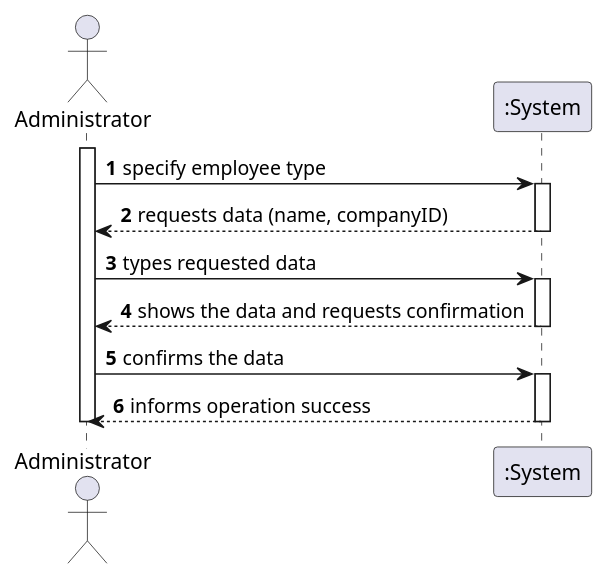
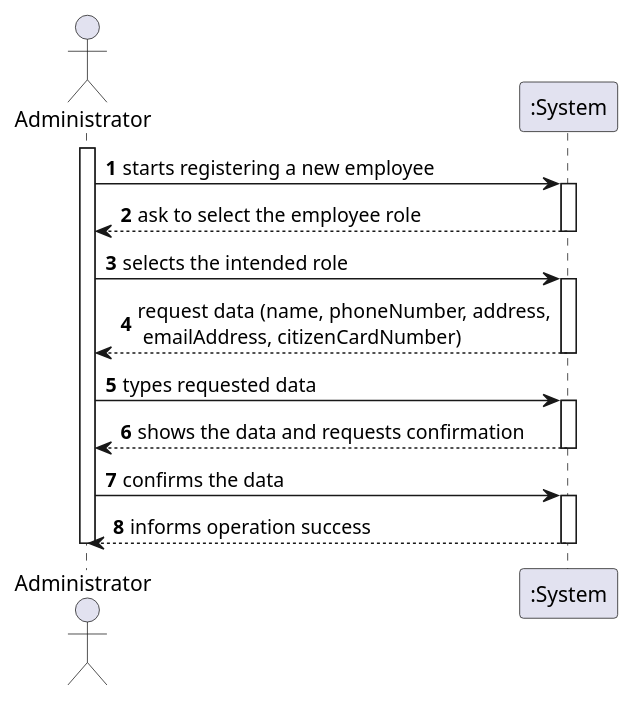
The diagram in docs/SprintB/UserStories/US10/US010_SSD.puml (diogonapoles/isep-lapr2), drawn with PlantUML before and after one commit. The commit also changed 2 other files, not shown here.

```diff
--- a/docs/SprintB/UserStories/US10/US010_SSD.puml
+++ b/docs/SprintB/UserStories/US10/US010_SSD.puml
@@ -1,23 +1,28 @@
 @startuml
 autonumber
 actor "Administrator" as ADM
 
 activate ADM
-ADM -> ":System" : specify employee type
+ADM -> ":System" : starts registering a new employee
 activate ":System"
-":System" --> ADM : requests data (name, companyID)
+":System" --> ADM : ask to select the employee role
+deactivate ":System"
+
+ADM -> ":System" : selects the intended role
+activate ":System"
+":System" --> ADM : request data (name, phoneNumber, address,\n emailAddress, citizenCardNumber)
 deactivate ":System"
 
 ADM -> ":System" : types requested data
 activate ":System"
 ":System" --> ADM : shows the data and requests confirmation
 deactivate ":System"
 
 ADM -> ":System" : confirms the data
 activate ":System"
 ":System" --> ADM : informs operation success
 deactivate ":System"
 
 deactivate ADM
 
 @enduml
```
